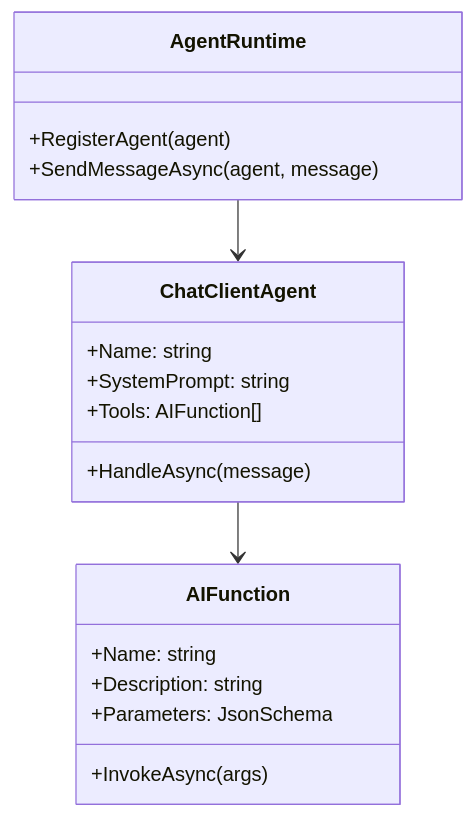
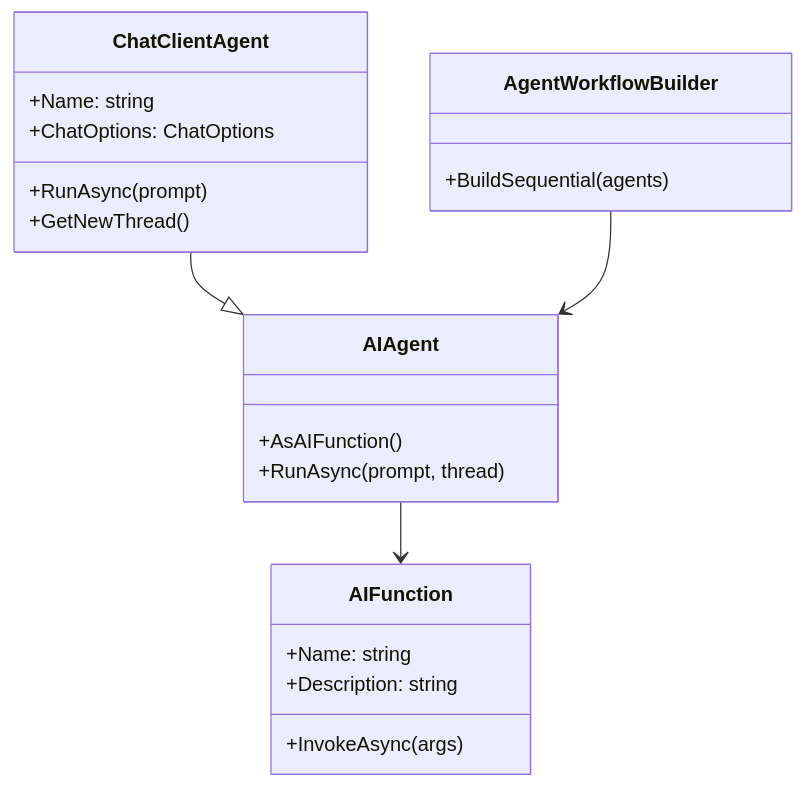
One commit to mgliot/AI.Workshop changed the eighth of 8 diagrams in docs/AI.Workshop.Console.Agents.md. Above: the diagram before and after it, drawn with Mermaid. The commit also changed other lines of this file and 15 other files, not shown here.

````diff
--- a/docs/AI.Workshop.Console.Agents.md
+++ b/docs/AI.Workshop.Console.Agents.md
@@ -140,24 +181,28 @@
 ```mermaid
 classDiagram
     class ChatClientAgent {
         +Name: string
-        +SystemPrompt: string
-        +Tools: AIFunction[]
-        +HandleAsync(message)
+        +ChatOptions: ChatOptions
+        +RunAsync(prompt)
+        +GetNewThread()
     }
     
-    class AgentRuntime {
-        +RegisterAgent(agent)
-        +SendMessageAsync(agent, message)
+    class AgentWorkflowBuilder {
+        +BuildSequential(agents)
+    }
+    
+    class AIAgent {
+        +AsAIFunction()
+        +RunAsync(prompt, thread)
     }
     
     class AIFunction {
         +Name: string
         +Description: string
-        +Parameters: JsonSchema
         +InvokeAsync(args)
     }
     
-    AgentRuntime --> ChatClientAgent
-    ChatClientAgent --> AIFunction
+    ChatClientAgent --|> AIAgent
+    AgentWorkflowBuilder --> AIAgent
+    AIAgent --> AIFunction
 ```
````
